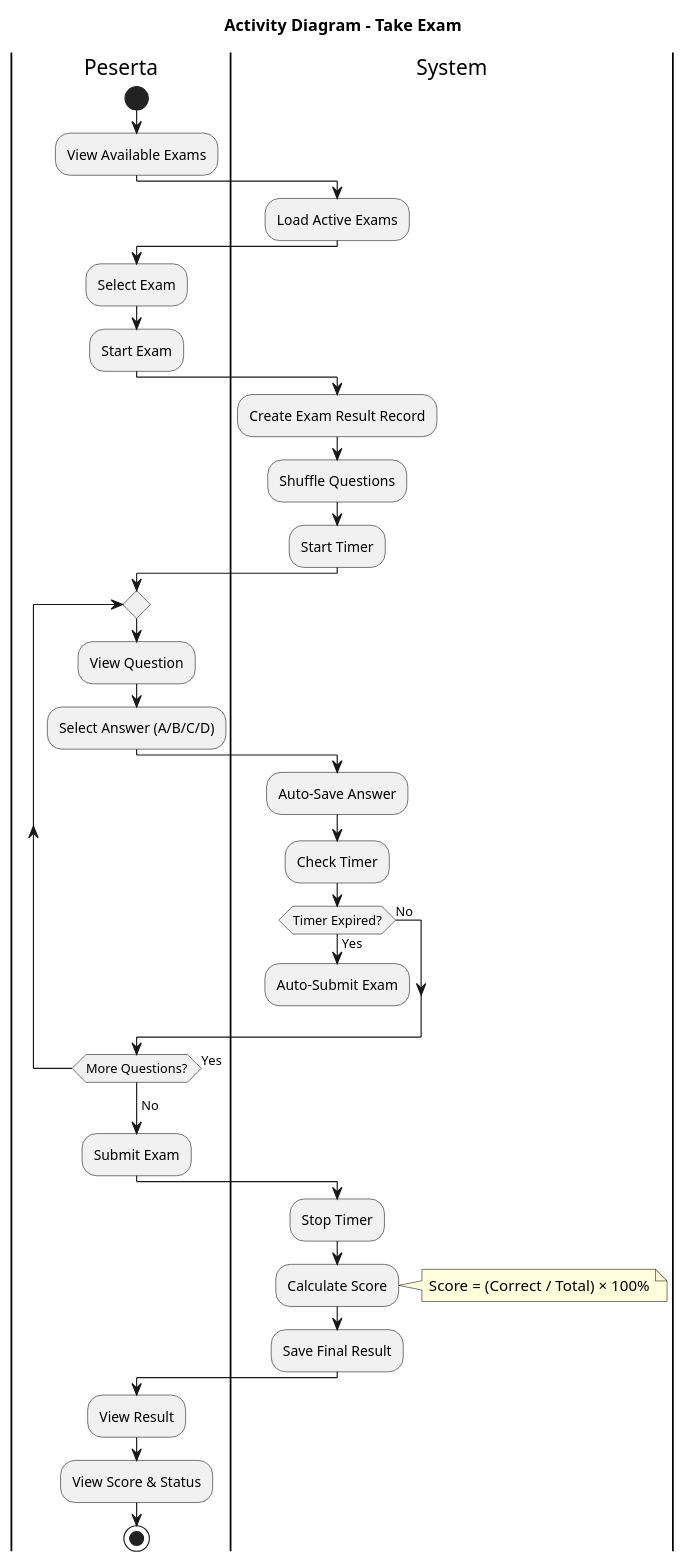
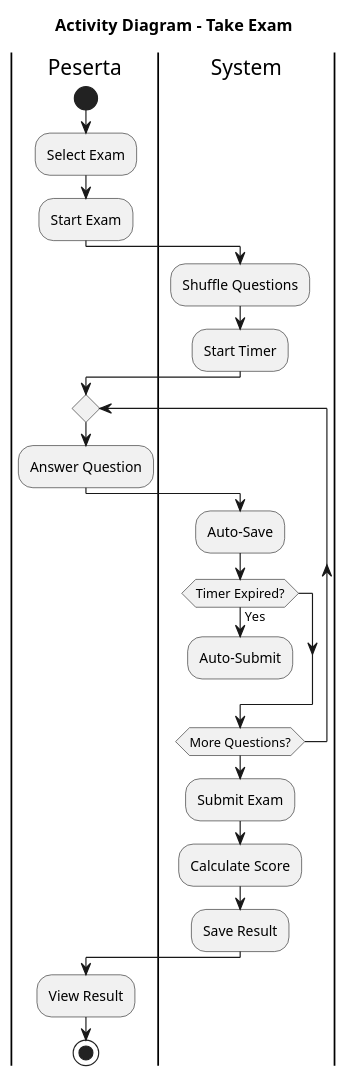
The second of 3 diagrams in docs/ActivityDiagram_CBT_PlantUML.puml (AogamiKiryuu/Ujikom-Satpol-PP-Kota-Bogor), drawn with PlantUML before and after one commit. The commit also changed other lines of this file and 7 other files, not shown here.

```diff
--- a/docs/ActivityDiagram_CBT_PlantUML.puml
+++ b/docs/ActivityDiagram_CBT_PlantUML.puml
@@ -45,55 +24,35 @@
 @startuml Activity_TakeExam
 title Activity Diagram - Take Exam
 
 |Peserta|
 start
-:View Available Exams;
-
-|System|
-:Load Active Exams;
-
-|Peserta|
 :Select Exam;
 :Start Exam;
 
 |System|
-:Create Exam Result Record;
 :Shuffle Questions;
 :Start Timer;
 
 |Peserta|
 repeat
-  :View Question;
-  :Select Answer (A/B/C/D);
-  
+  :Answer Question;
   |System|
-  :Auto-Save Answer;
-  :Check Timer;
-  
+  :Auto-Save;
   if (Timer Expired?) then (Yes)
-    :Auto-Submit Exam;
+    :Auto-Submit;
     detach
-  else (No)
   endif
-  
-  |Peserta|
-repeat while (More Questions?) is (Yes)
--> No;
+repeat while (More Questions?)
 
 :Submit Exam;
 
 |System|
-:Stop Timer;
 :Calculate Score;
-note right
-  Score = (Correct / Total) × 100%
-end note
-:Save Final Result;
+:Save Result;
 
 |Peserta|
 :View Result;
-:View Score & Status;
 
 stop
 
 @enduml
```
